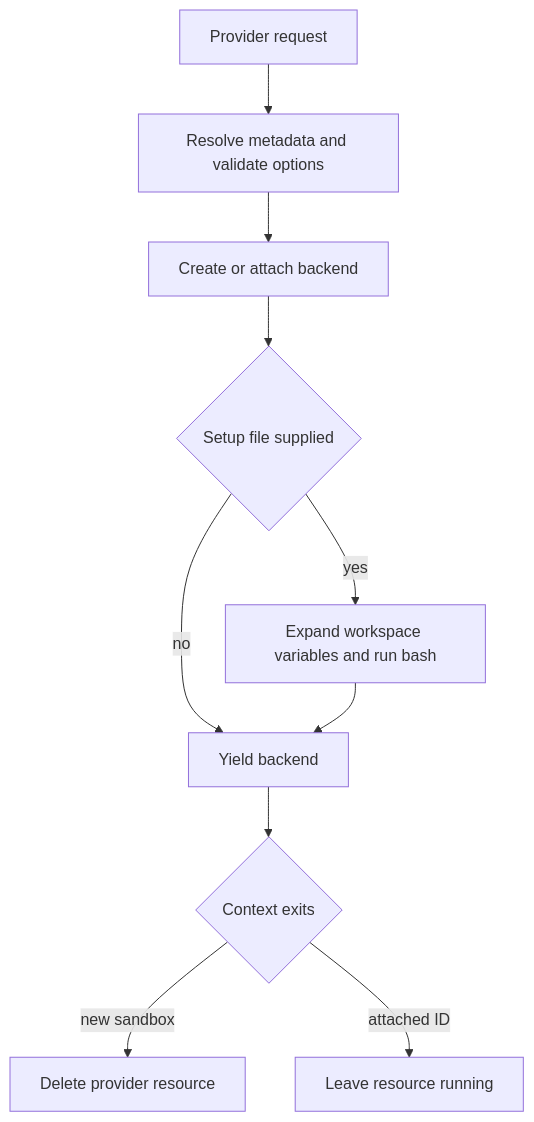
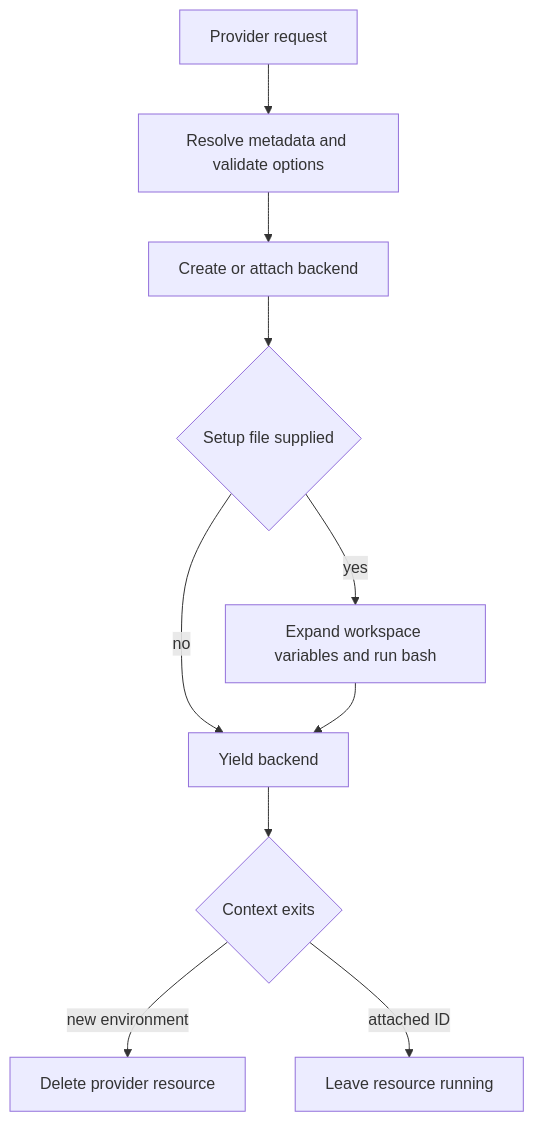
The second of 4 diagrams in openwiki/integrations/sandbox-partners.md (langchain-ai/deepagents), drawn with Mermaid before and after one commit. The commit also changed other lines of this file and 39 other files, not shown here.

````diff
--- a/openwiki/integrations/sandbox-partners.md
+++ b/openwiki/integrations/sandbox-partners.md
@@ -88,12 +103,12 @@
 ```mermaid
 flowchart TD
     Request["Provider request"] --> Validate["Resolve metadata and validate options"]
     Validate --> Acquire["Create or attach backend"]
     Acquire --> Setup{"Setup file supplied"}
-    Setup -->|yes| Run["Expand workspace variables and run bash"]
-    Setup -->|no| Use["Yield backend"]
+    Setup -->|"yes"| Run["Expand workspace variables and run bash"]
+    Setup -->|"no"| Use["Yield backend"]
     Run --> Use
-    Use --> Close{"Context exits"}
-    Close -->|new sandbox| Delete["Delete provider resource"]
-    Close -->|attached ID| Keep["Leave resource running"]
+    Use --> Exit{"Context exits"}
+    Exit -->|"new environment"| Delete["Delete provider resource"]
+    Exit -->|"attached ID"| Retain["Leave resource running"]
 ```
````
